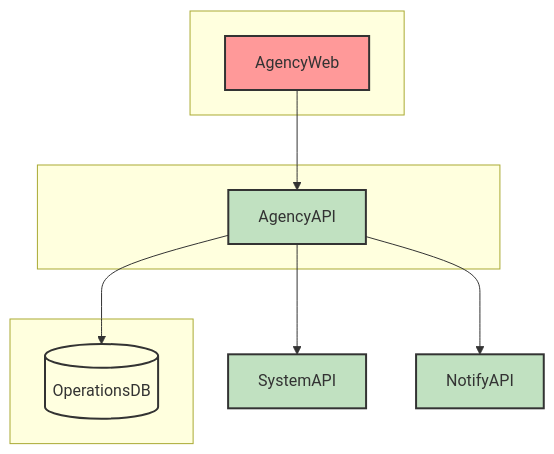
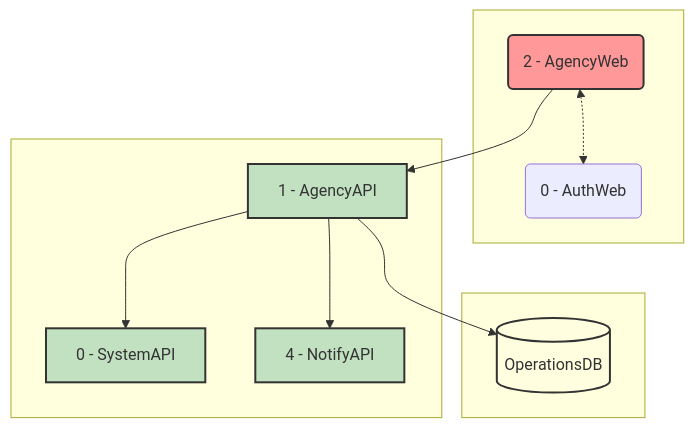
One commit to AstroBookings/.github changed the first of 2 diagrams in profile/1-analysis/5_1-astrobookings-agency-management-domain.md. Above: the diagram before and after it, drawn with Mermaid. The commit also changed 1 other file, not shown here.

````diff
--- a/profile/1-analysis/5_1-astrobookings-agency-management-domain.md
+++ b/profile/1-analysis/5_1-astrobookings-agency-management-domain.md
@@ -70,32 +70,38 @@
 ```mermaid
 graph TD
     subgraph Web Applications[" "]
-        AgencyWeb[AgencyWeb]
+        AgencyWeb(2 - AgencyWeb)
+        AuthWeb(0 - AuthWeb)
     end
 
     subgraph API Services[" "]
-        AgencyAPI[AgencyAPI]
+        AgencyAPI[1 - AgencyAPI]
+        SystemAPI[0 - SystemAPI]
+        NotifyAPI[4 - NotifyAPI]
     end
 
     subgraph Databases[" "]
         OperationsDB[(OperationsDB)]
     end
+
+    %% Web to Web connections
+    AgencyWeb <-.-> AuthWeb
 
     %% Web to API connections
     AgencyWeb --> AgencyAPI
 
     %% API to API connections
     AgencyAPI --> SystemAPI
     AgencyAPI --> NotifyAPI
 
     %% API to Database connection
     AgencyAPI --> OperationsDB
 
     %% Style
     classDef web fill:#FF9999,stroke:#333,stroke-width:2px;
     classDef api fill:#C1E1C1,stroke:#333,stroke-width:2px;
     classDef db fill:#FFFFE0,stroke:#333,stroke-width:2px;
     class AgencyWeb,PublicWeb,SystemWeb web;
     class AgencyAPI,SystemAPI,NotifyAPI api;
     class OperationsDB db;
 ```
````
